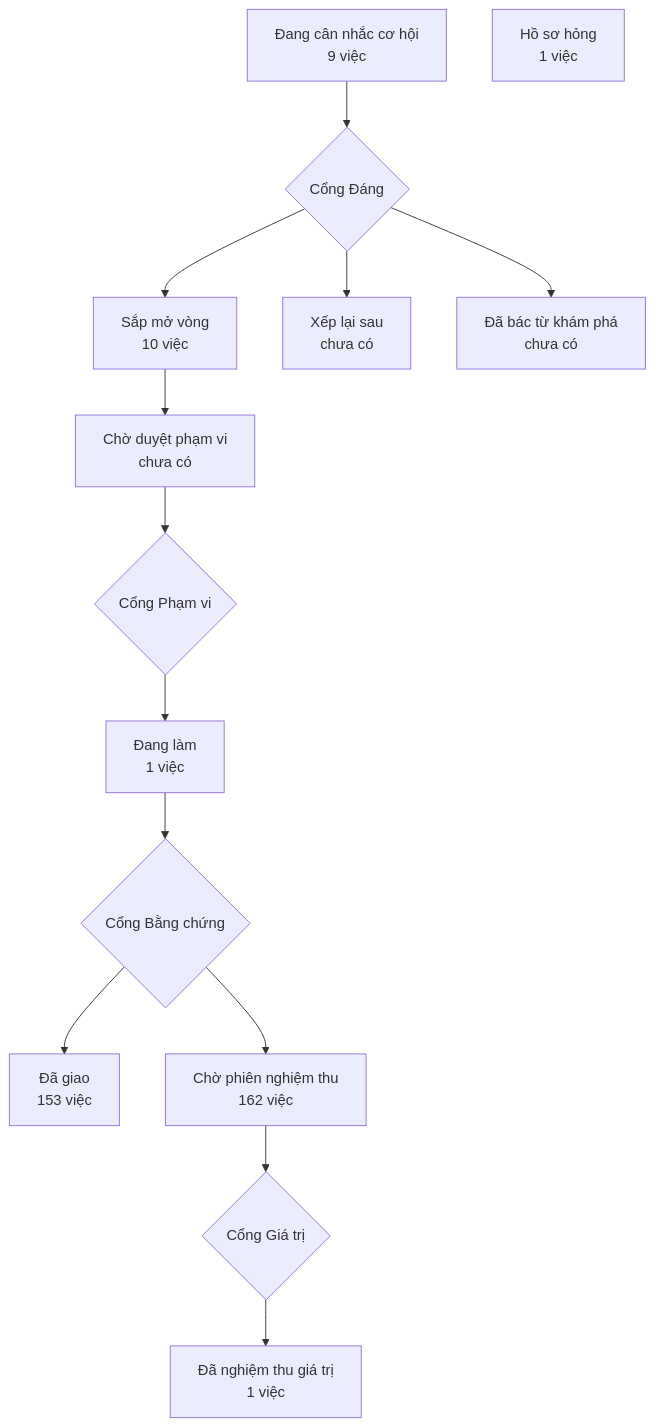
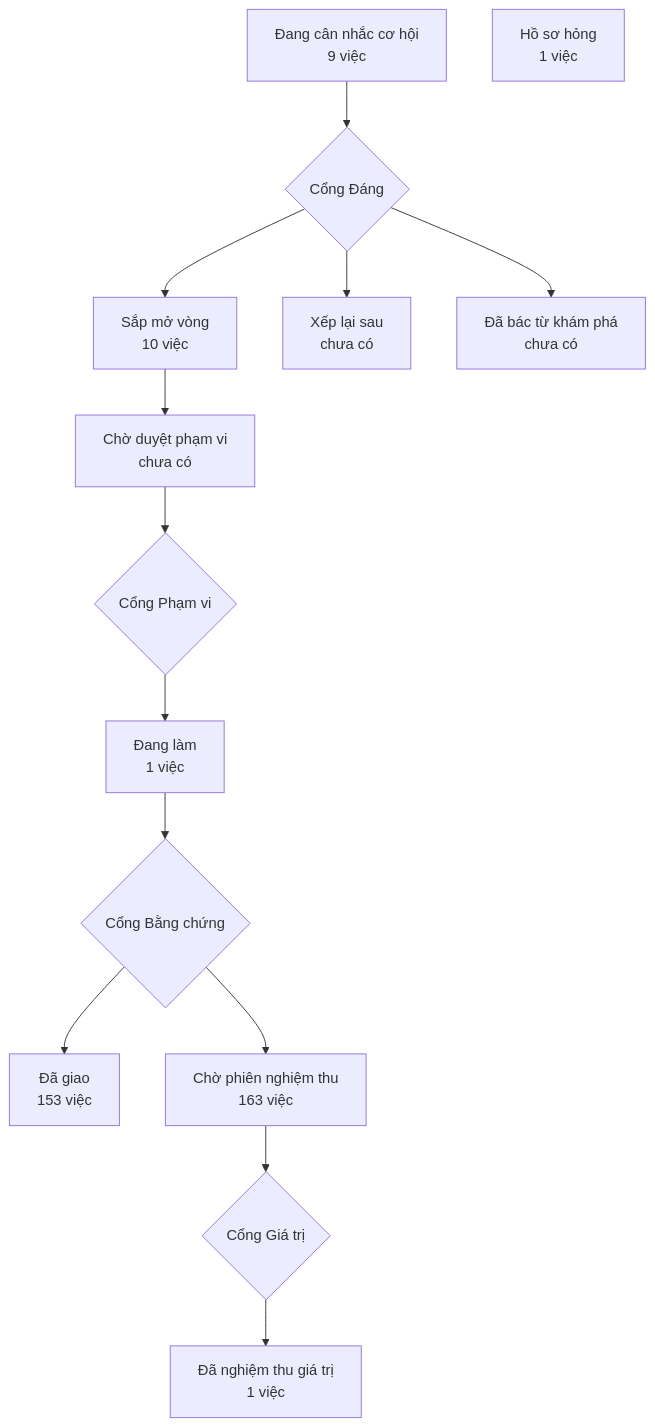
The diagram in PRODUCT-MAP.md (phanlemanh/crm-onehub), drawn with Mermaid before and after one commit. The commit also changed 1 other file, not shown here.

Commit message:
chore: vẽ lại bản đồ sản phẩm sau gộp onehub #528

````diff
--- a/PRODUCT-MAP.md
+++ b/PRODUCT-MAP.md
@@ -7,13 +7,13 @@
 ```mermaid
 flowchart TD
   A["Đang cân nhắc cơ hội<br/>9 việc"] --> GD{"Cổng Đáng"}
   GD --> B["Sắp mở vòng<br/>10 việc"]
   GD --> XL["Xếp lại sau<br/>chưa có"]
   GD --> DB["Đã bác từ khám phá<br/>chưa có"]
   B --> CD["Chờ duyệt phạm vi<br/>chưa có"] --> GP{"Cổng Phạm vi"}
   GP --> DL["Đang làm<br/>1 việc"] --> GB{"Cổng Bằng chứng"}
   GB --> DG["Đã giao<br/>153 việc"]
-  GB --> CN["Chờ phiên nghiệm thu<br/>162 việc"] --> GG{"Cổng Giá trị"}
+  GB --> CN["Chờ phiên nghiệm thu<br/>163 việc"] --> GG{"Cổng Giá trị"}
   GG --> NT["Đã nghiệm thu giá trị<br/>1 việc"]
   HS["Hồ sơ hỏng<br/>1 việc"]
 ```
````
